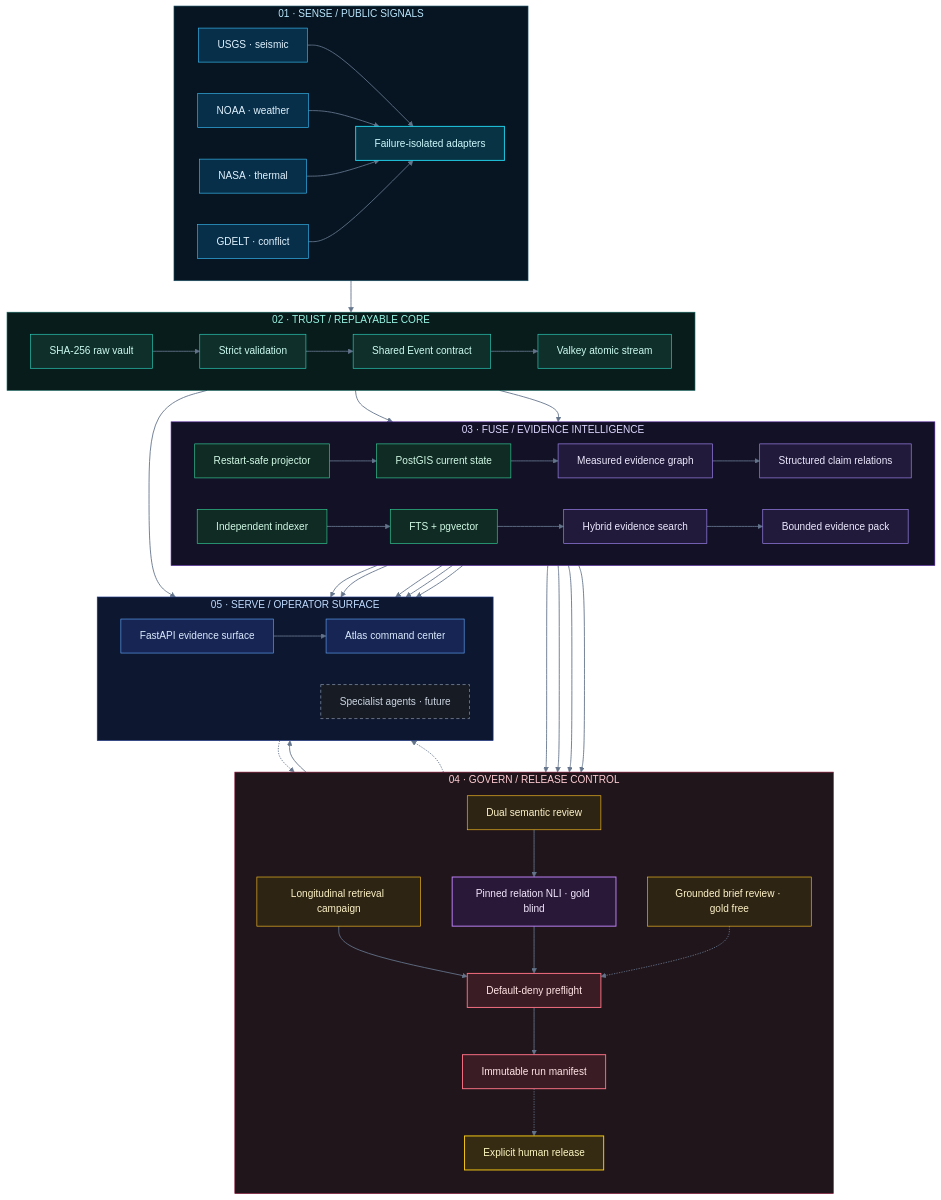
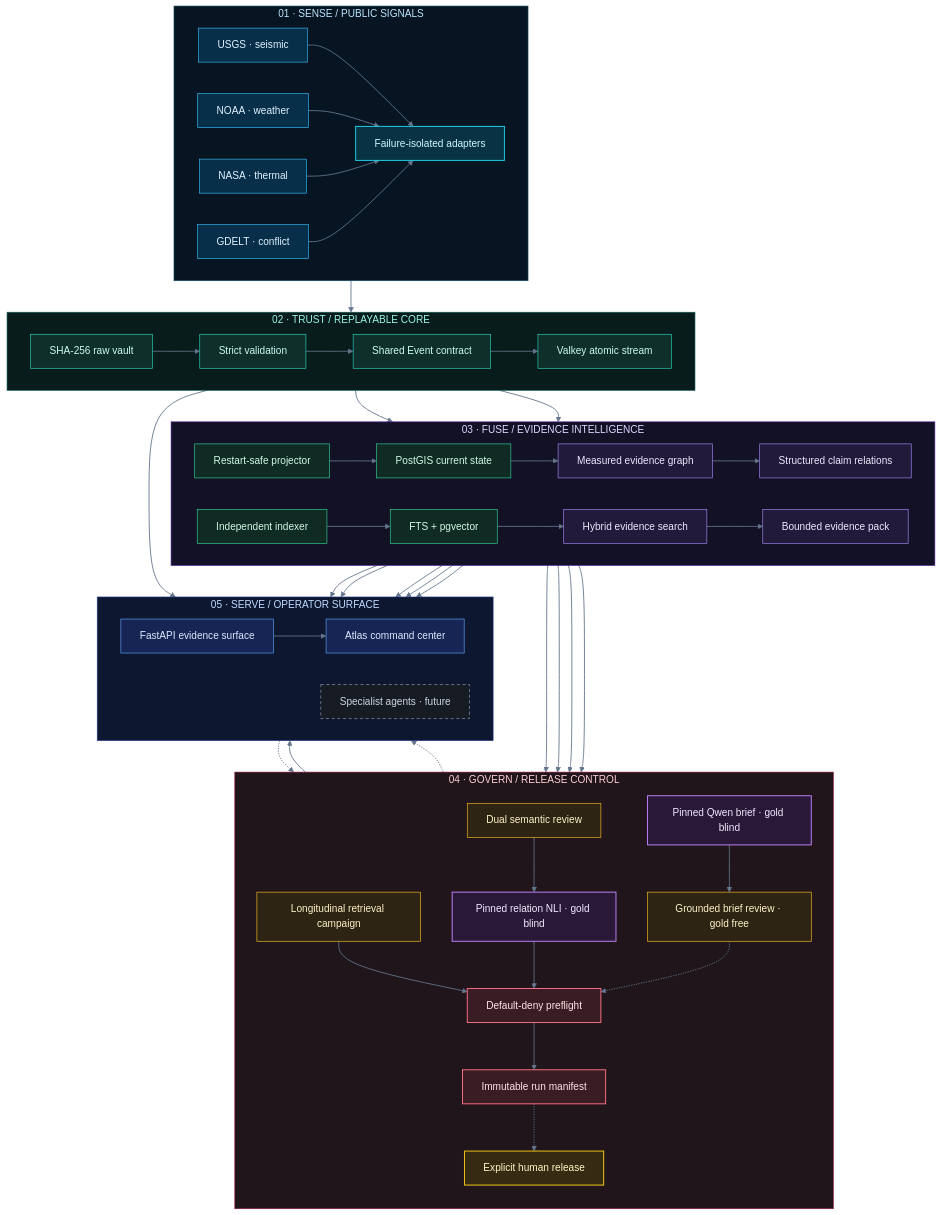
Before and after one commit to Thivas12/atlas-pulse: the diagram in README.md, drawn with Mermaid. The commit also changed other lines of this file and 9 other files, not shown here.

Commit message:
feat: add pinned local grounded answer runner (#32)

```diff
--- a/README.md
+++ b/README.md
@@ -118,6 +122,7 @@
         RETRIEVAL_REVIEW["Longitudinal retrieval campaign"]:::review
         RELATION_REVIEW["Dual semantic review"]:::review
         CANDIDATE["Pinned relation NLI · gold blind"]:::sandbox
+        ANSWER_RUNNER["Pinned Qwen brief · gold blind"]:::sandbox
         ANSWER_REVIEW["Grounded brief review · gold free"]:::review
         PREFLIGHT["Default-deny preflight"]:::gate
         MANIFEST["Immutable run manifest"]:::gate
@@ -135,7 +140,7 @@
     STREAM --> INDEXER
     SEARCH --> RETRIEVAL_REVIEW --> PREFLIGHT
     CLAIMS --> RELATION_REVIEW --> CANDIDATE --> PREFLIGHT
-    PACK --> ANSWER_REVIEW
+    PACK --> ANSWER_RUNNER --> ANSWER_REVIEW
     ANSWER_REVIEW -.-> PREFLIGHT
     PACK --> PREFLIGHT --> MANIFEST
     STREAM --> API
```
